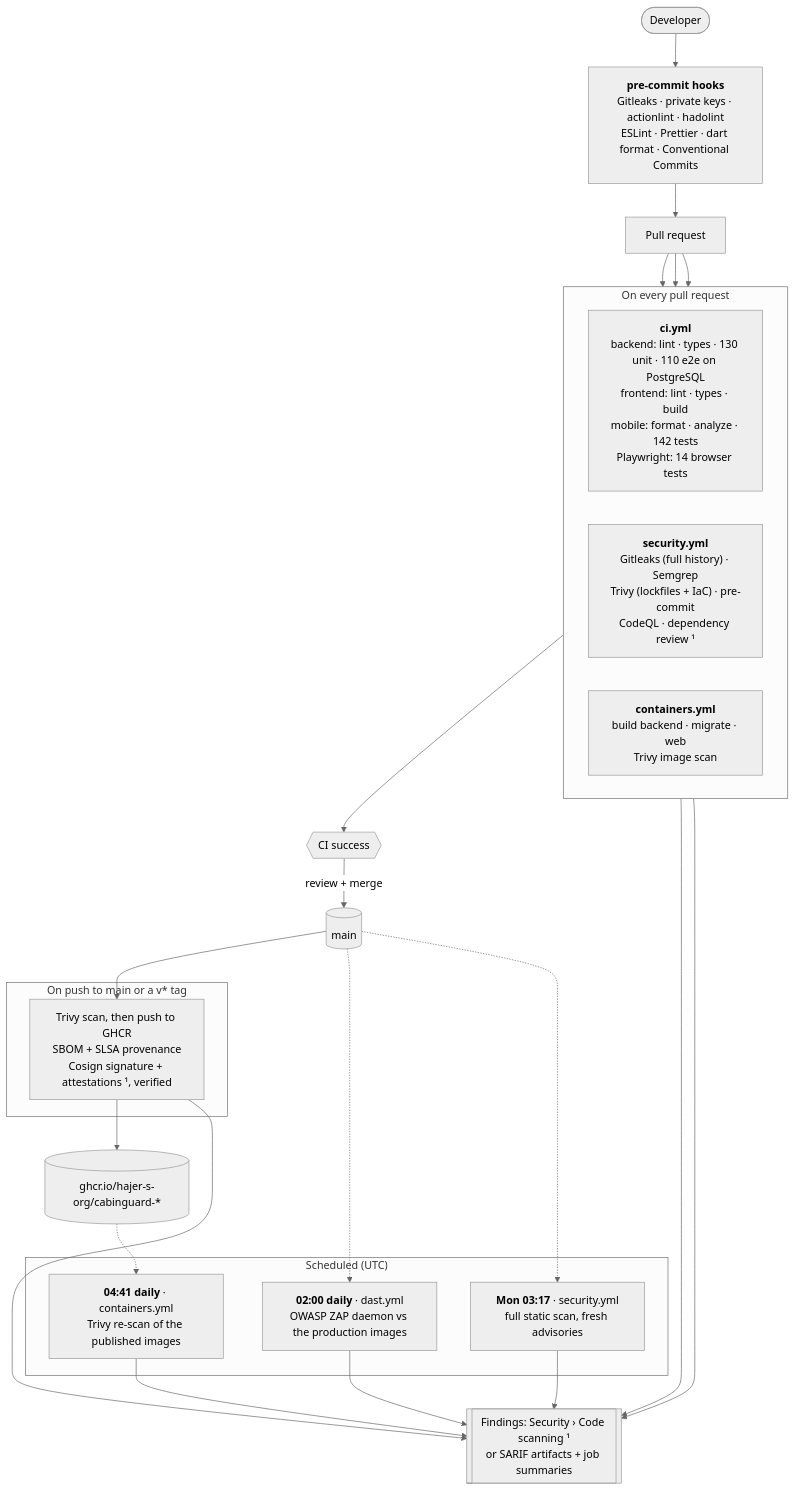
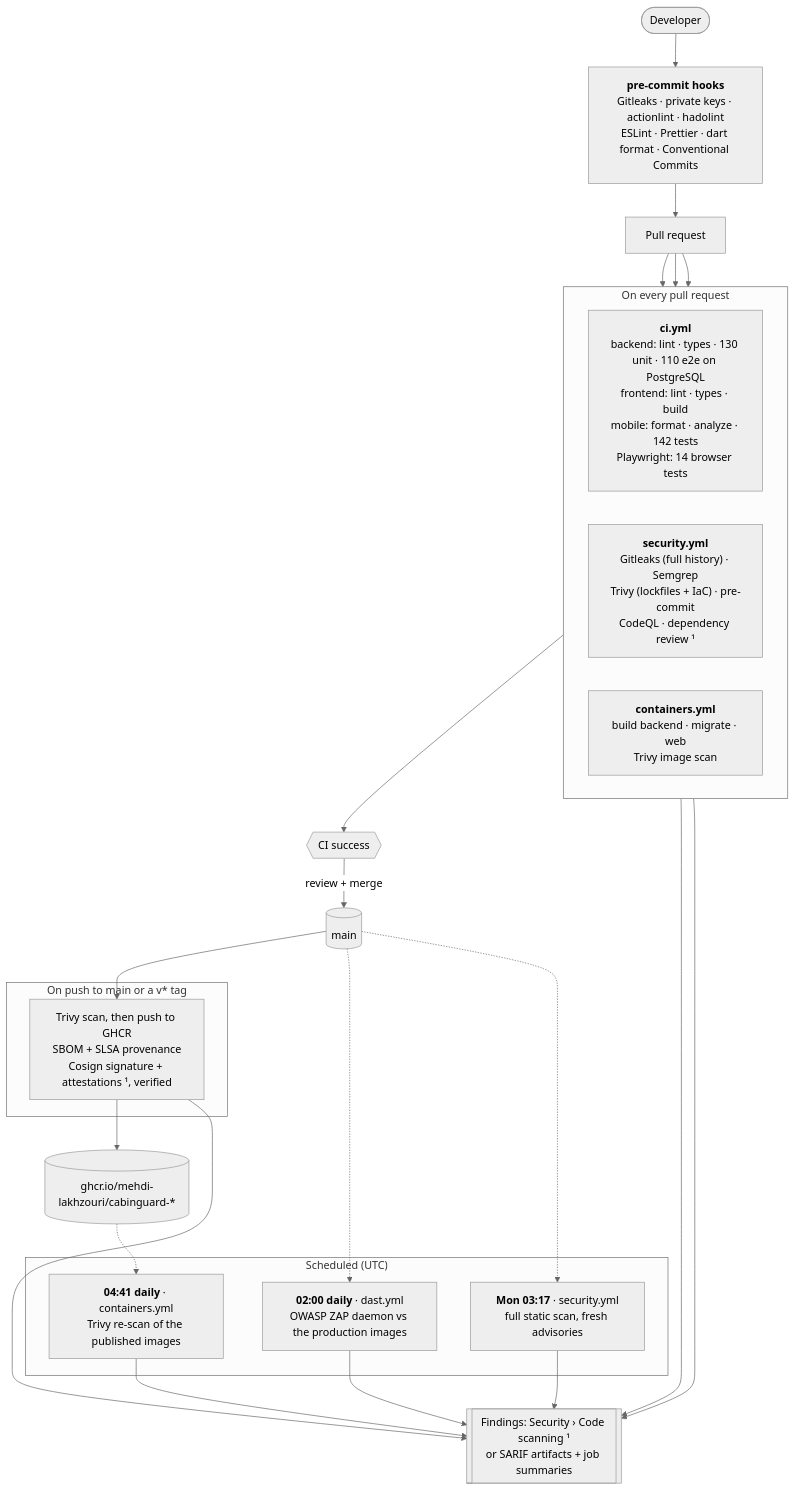
The second of 2 diagrams in README.md (mehdi-lakhzouri/mediane), drawn with Mermaid (neutral theme) before and after one commit. The commit also changed other lines of this file and 28 other files, not shown here.

````diff
--- a/README.md
+++ b/README.md
@@ -277,30 +277,30 @@
 ```mermaid
 flowchart TB
     dev([Developer]) --> hooks["<b>pre-commit hooks</b><br/>Gitleaks · private keys · actionlint · hadolint<br/>ESLint · Prettier · dart format · Conventional Commits"]
     hooks --> pr["Pull request"]
 
     subgraph PRC["On every pull request"]
         direction LR
         ci["<b>ci.yml</b><br/>backend: lint · types · 130 unit · 110 e2e on PostgreSQL<br/>frontend: lint · types · build<br/>mobile: format · analyze · 142 tests<br/>Playwright: 14 browser tests"]
         sec["<b>security.yml</b><br/>Gitleaks (full history) · Semgrep<br/>Trivy (lockfiles + IaC) · pre-commit<br/>CodeQL · dependency review ¹"]
         img["<b>containers.yml</b><br/>build backend · migrate · web<br/>Trivy image scan"]
     end
     pr --> ci & sec & img
     ci --> gate{{"CI success"}}
     gate -->|review + merge| main[("main")]
 
     subgraph PUB["On push to main or a v* tag"]
         push["Trivy scan, then push to GHCR<br/>SBOM + SLSA provenance<br/>Cosign signature + attestations ¹, verified"]
     end
-    main --> push --> ghcr[("ghcr.io/hajer-s-org/cabinguard-*")]
+    main --> push --> ghcr[("ghcr.io/mehdi-lakhzouri/cabinguard-*")]
 
     subgraph CRON["Scheduled (UTC)"]
         dast["<b>02:00 daily</b> · dast.yml<br/>OWASP ZAP daemon vs the production images"]
         weekly["<b>Mon 03:17</b> · security.yml<br/>full static scan, fresh advisories"]
         rescan["<b>04:41 daily</b> · containers.yml<br/>Trivy re-scan of the published images"]
     end
     main -.-> dast & weekly
     ghcr -.-> rescan
 
     sec & img & push & dast & weekly & rescan --> findings[["Findings: Security › Code scanning ¹<br/>or SARIF artifacts + job summaries"]]
 ```
````
